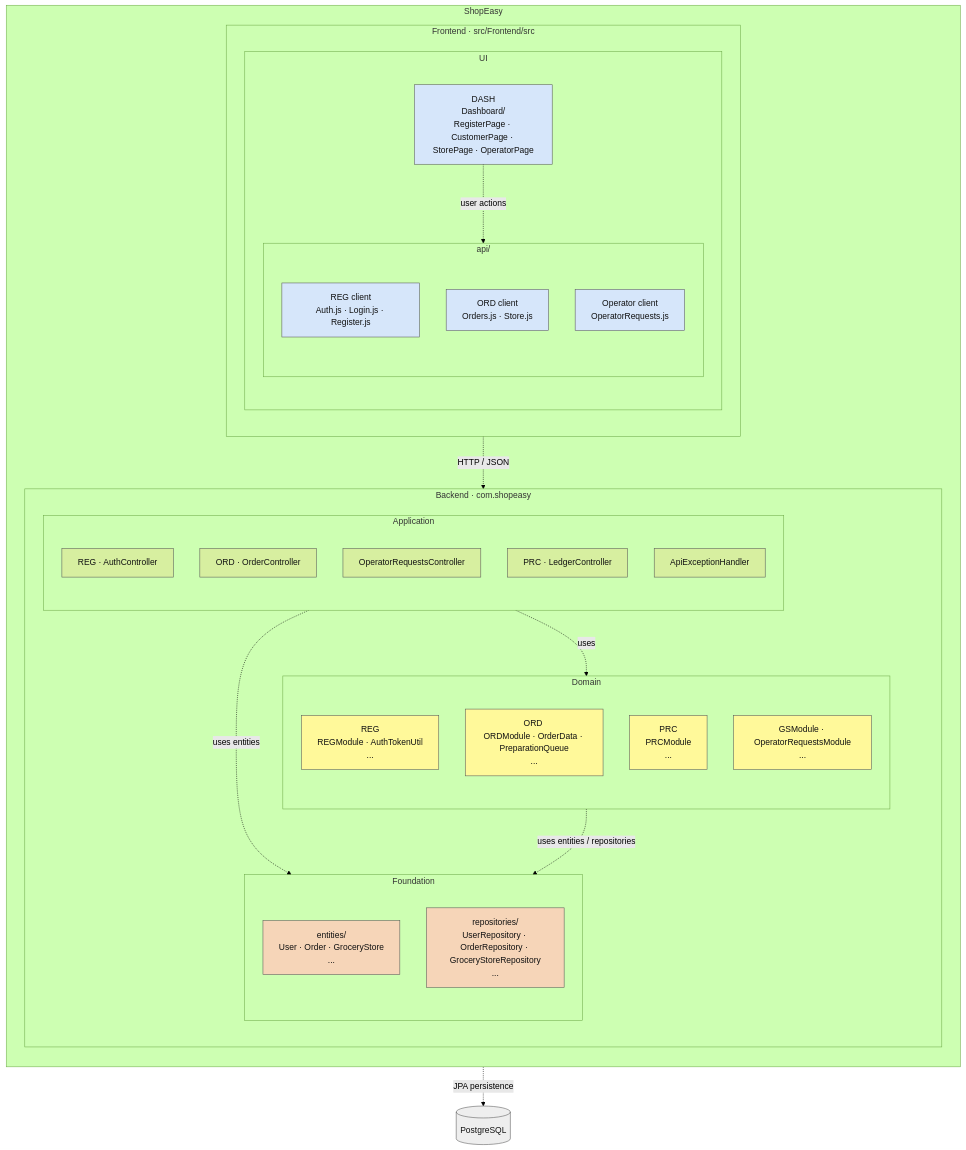
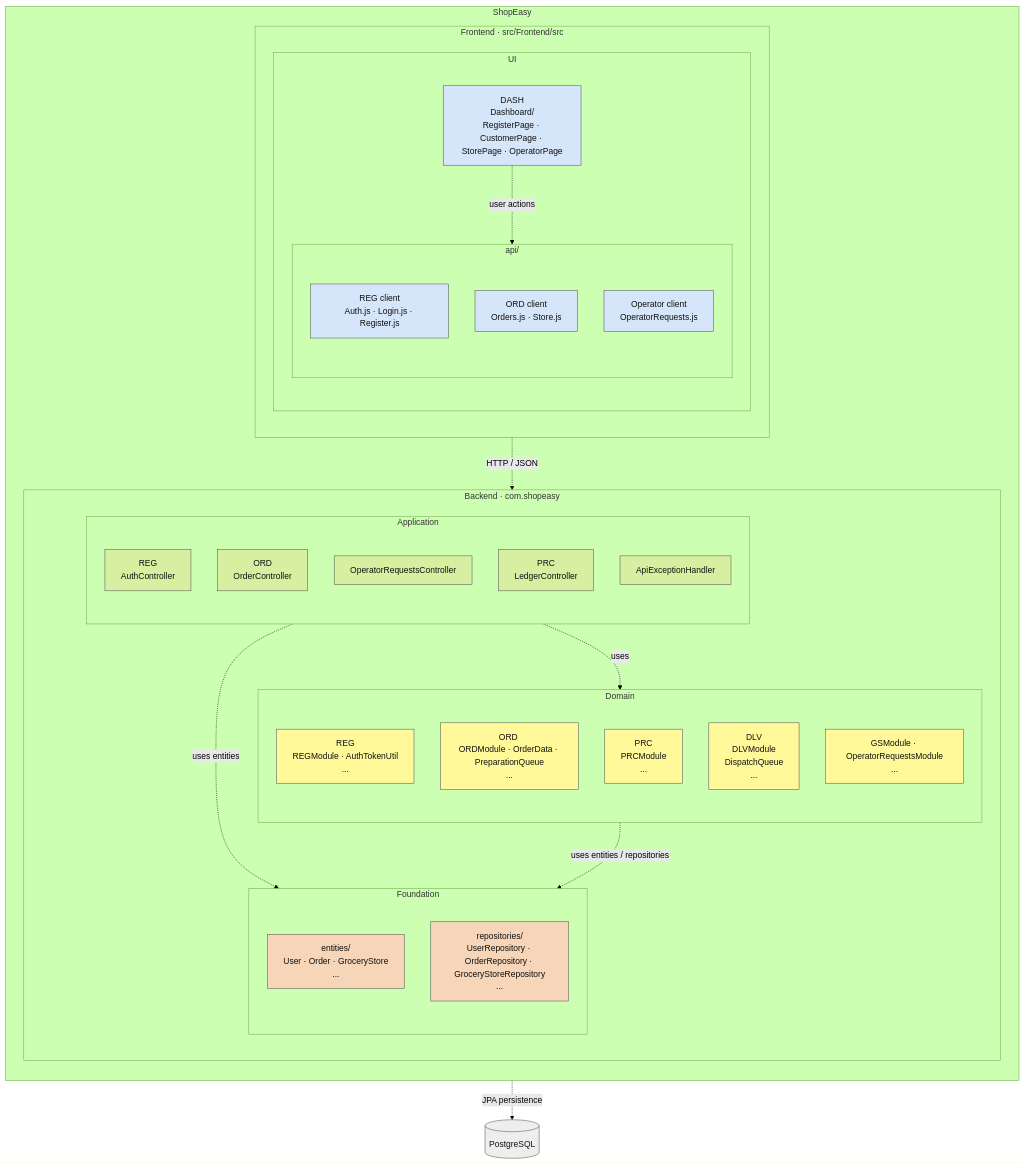
Before and after one commit to blondedzero/Init-to-Win-It_SOEN-343-HI_MTL-Eats-Project_F26: the diagram in Documentation/Package Diagram.md, drawn with Mermaid (forest theme).

Commit message:
Update package diagram

````diff
--- a/Documentation/Package Diagram.md
+++ b/Documentation/Package Diagram.md
@@ -3,71 +3,72 @@
 ```mermaid
 flowchart TB
     subgraph system["ShopEasy"]
         direction TB
 
         subgraph frontend["Frontend · src/Frontend/src"]
             direction TB
 
             subgraph dashModule["UI"]
                 direction TB
                 dashboard["DASH<br/>Dashboard/<br/>RegisterPage · CustomerPage · StorePage · OperatorPage"]
                 subgraph api["api/"]
                     direction TB
                     regClient["REG client<br/>Auth.js · Login.js · Register.js"]
                     ordClient["ORD client<br/>Orders.js · Store.js"]
                     operatorClient["Operator client<br/>OperatorRequests.js"]
                 end
                 dashboard -. "user actions" .-> api
             end
 
         end
 
         subgraph backend["Backend · com.shopeasy"]
             direction TB
 
             subgraph application["Application"]
                 direction TB
-                authController["REG · AuthController"]
-                orderController["ORD · OrderController"]
+                authController["REG<br/>AuthController"]
+                orderController["ORD<br/>OrderController"]
                 operatorController["OperatorRequestsController"]
-                prcController["PRC · LedgerController"]
+                prcController["PRC<br/>LedgerController"]
                 exceptionHandler["ApiExceptionHandler"]
             end
 
             subgraph domain["Domain"]
                 direction TB
                 reg["REG <br/>REGModule · AuthTokenUtil<br/>..."]
                 ord["ORD <br/>ORDModule · OrderData · PreparationQueue<br/>..."]
                 prc["PRC <br/>PRCModule<br/>..."]
+                dlv["DLV <br/>DLVModule<br/>DispatchQueue<br/>..."]
                 supporting["GSModule · OperatorRequestsModule<br/>..."]
             end
 
             subgraph foundation["Foundation"]
                 direction TB
                 entities["entities/<br/>User · Order · GroceryStore<br/>..."]
                 repositories["repositories/<br/>UserRepository · OrderRepository · GroceryStoreRepository<br/>..."]
             end
 
 
             application -. "uses" .-> domain
             application -. "uses entities" .-> foundation
             domain -. "uses entities / repositories" .-> foundation
         end
 
         api -. "HTTP / JSON" .-> application
     end
 
     database[("PostgreSQL")]
     foundation -. "JPA persistence" .-> database
 
     classDef uiStyle fill:#d6e6fa,stroke:#555,color:#111
     classDef appStyle fill:#d7efa0,stroke:#555,color:#111
     classDef domainStyle fill:#fff99a,stroke:#555,color:#111
     classDef foundationStyle fill:#f6d5b8,stroke:#555,color:#111
     classDef databaseStyle fill:#eeeeee,stroke:#555,color:#111
     class dashboard,regClient,ordClient,operatorClient uiStyle
     class authController,orderController,operatorController,prcController,exceptionHandler appStyle
-    class reg,ord,prc,supporting domainStyle
+    class reg,ord,prc,supporting,dlv domainStyle
     class entities,repositories foundationStyle
     class database databaseStyle
 ```
````
